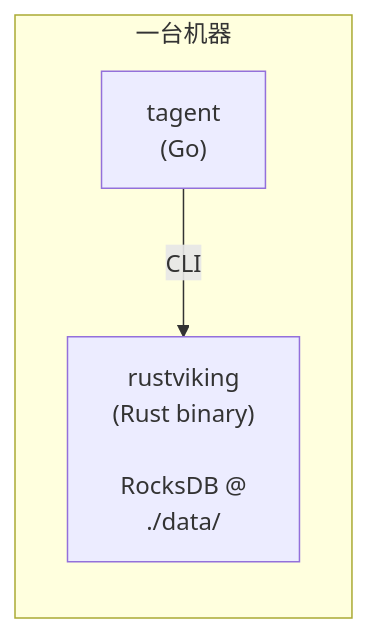
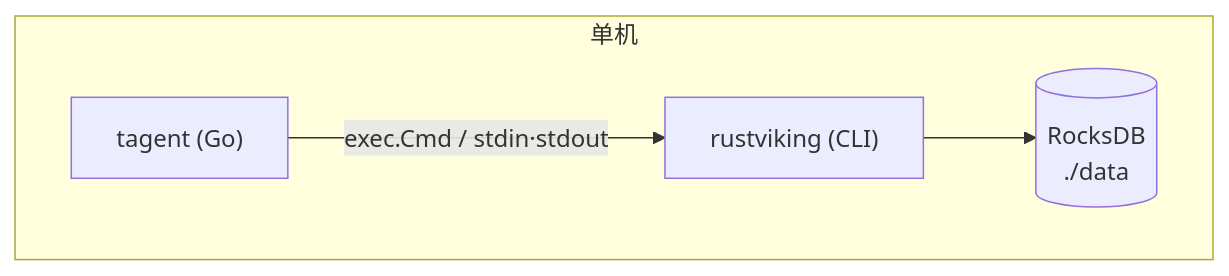
The second of 2 diagrams in docs/.dev/20260504-rustviking-integration-evaluation.md (SpellingDragon/tagent), drawn with Mermaid before and after one commit. The commit also changed other lines of this file and 109 other files, not shown here.

````diff
--- a/docs/.dev/20260504-rustviking-integration-evaluation.md
+++ b/docs/.dev/20260504-rustviking-integration-evaluation.md
@@ -433,8 +316,11 @@
 ```mermaid
-graph LR
-    subgraph Machine["一台机器"]
-        tagent["tagent<br/>(Go)"]
-        rustviking["rustviking<br/>(Rust binary)<br/><br/>RocksDB @<br/>./data/"]
-        tagent -->|CLI| rustviking
+graph TB
+    subgraph host["单机"]
+        tagent["tagent (Go)"]
+        rustv["rustviking (CLI)"]
+        RocksDB[("RocksDB<br/>./data")]
+
+        tagent -- "exec.Cmd / stdin·stdout" --> rustv
+        rustv --> RocksDB
     end
 ```
````
